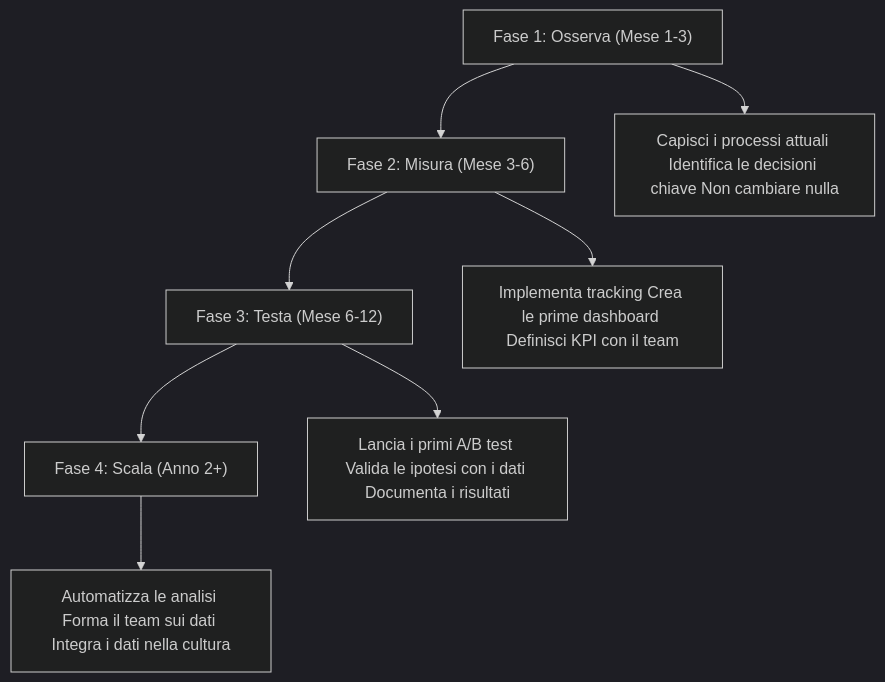
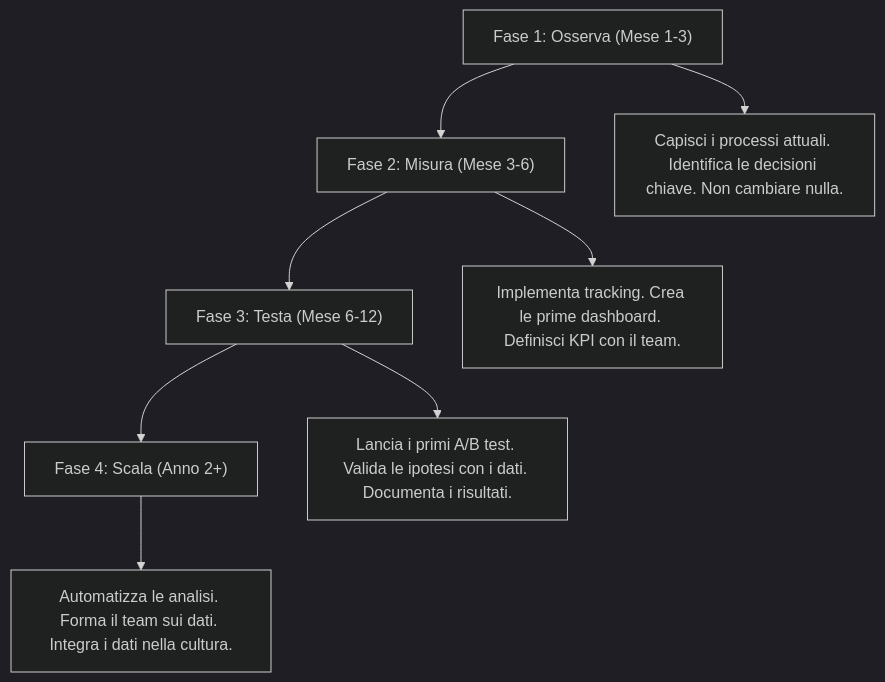
One commit to AndreyBertasini/gynnitech changed the second of 2 diagrams in src/content/blog/millennial-management.mdx. Above: the diagram before and after it, drawn with Mermaid (dark theme). The commit also changed other lines of this file and 27 other files, not shown here.

````diff
--- a/src/content/blog/millennial-management.mdx
+++ b/src/content/blog/millennial-management.mdx
@@ -95,11 +127,11 @@
 ```mermaid
 graph TD
     A["Fase 1: Osserva (Mese 1-3)"] --> B["Fase 2: Misura (Mese 3-6)"]
     B --> C["Fase 3: Testa (Mese 6-12)"]
     C --> D["Fase 4: Scala (Anno 2+)"]
-    
-    A --> A1["Capisci i processi attuali Identifica le decisioni chiave Non cambiare nulla"]
-    B --> B1["Implementa tracking Crea le prime dashboard Definisci KPI con il team"]
-    C --> C1["Lancia i primi A/B test Valida le ipotesi con i dati Documenta i risultati"]
-    D --> D1["Automatizza le analisi Forma il team sui dati Integra i dati nella cultura"]
+
+    A --> A1["Capisci i processi attuali. Identifica le decisioni chiave. Non cambiare nulla."]
+    B --> B1["Implementa tracking. Crea le prime dashboard. Definisci KPI con il team."]
+    C --> C1["Lancia i primi A/B test. Valida le ipotesi con i dati. Documenta i risultati."]
+    D --> D1["Automatizza le analisi. Forma il team sui dati. Integra i dati nella cultura."]
 ```
````
